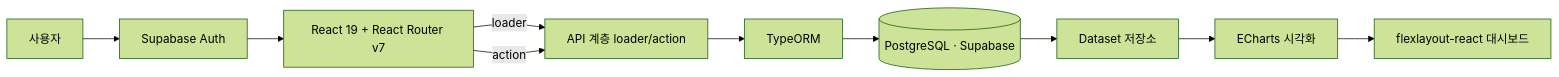
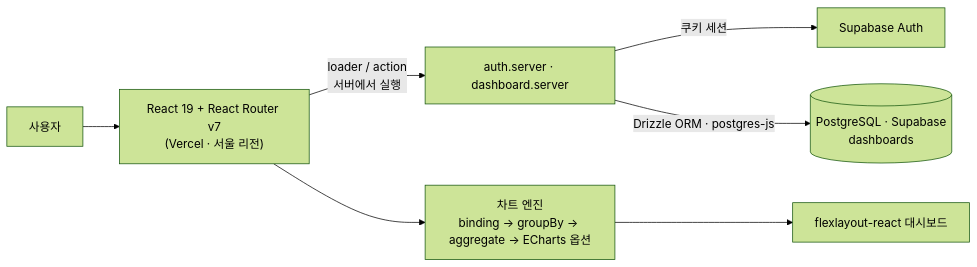
Before and after one commit to jins4731/jins4731: the diagram in docs/side-project.md, drawn with Mermaid (forest theme). The commit also changed other lines of this file and 5 other files, not shown here.

````diff
--- a/docs/side-project.md
+++ b/docs/side-project.md
@@ -27,12 +26,9 @@
 ```mermaid
 flowchart LR
-  User[사용자] --> Auth[Supabase Auth]
-  Auth --> App[React 19 + React Router v7]
-  App -->|loader| API[API 계층 loader/action]
-  App -->|action| API
-  API --> ORM[TypeORM]
-  ORM --> DB[(PostgreSQL · Supabase)]
-  DB --> Dataset[Dataset 저장소]
-  Dataset --> Chart[ECharts 시각화]
-  Chart --> Dashboard[flexlayout-react 대시보드]
+  User[사용자] --> App["React 19 + React Router v7<br/>(Vercel · 서울 리전)"]
+  App -->|loader / action<br/>서버에서 실행| Server["auth.server · dashboard.server"]
+  Server -->|쿠키 세션| Auth[Supabase Auth]
+  Server -->|Drizzle ORM · postgres-js| DB[("PostgreSQL · Supabase<br/>dashboards")]
+  App --> Engine["차트 엔진<br/>binding → groupBy → aggregate → ECharts 옵션"]
+  Engine --> Layout[flexlayout-react 대시보드]
 ```
````
